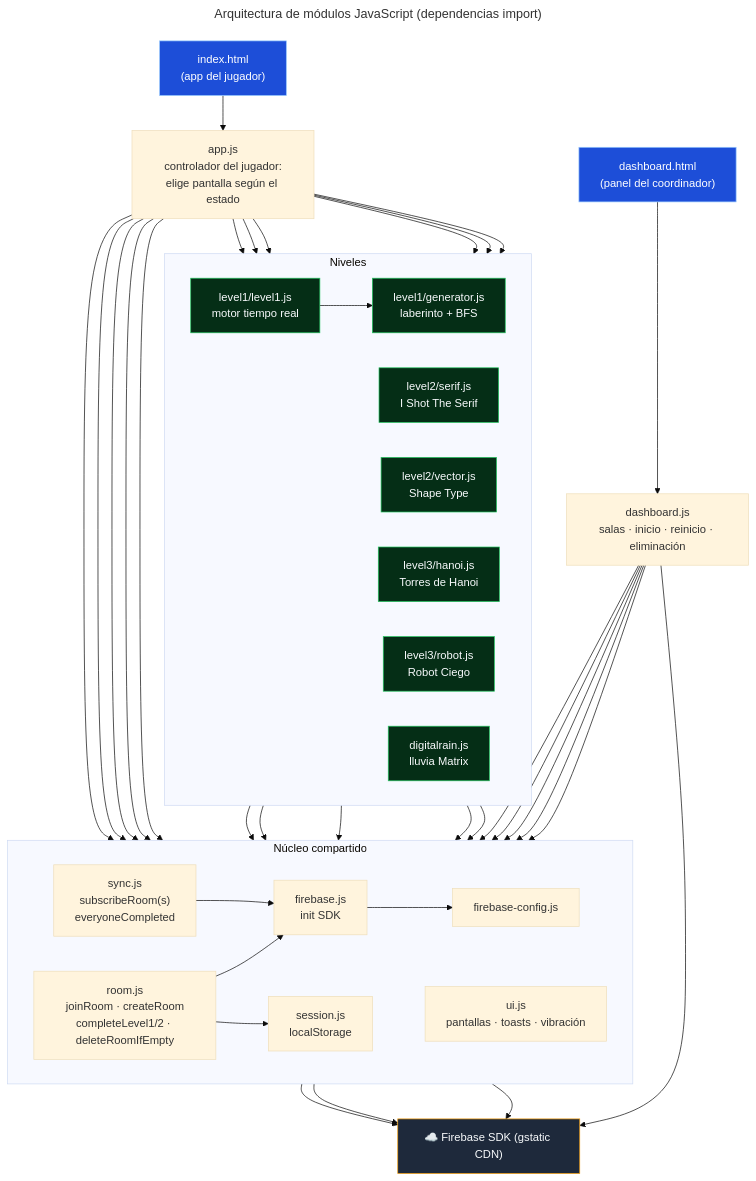
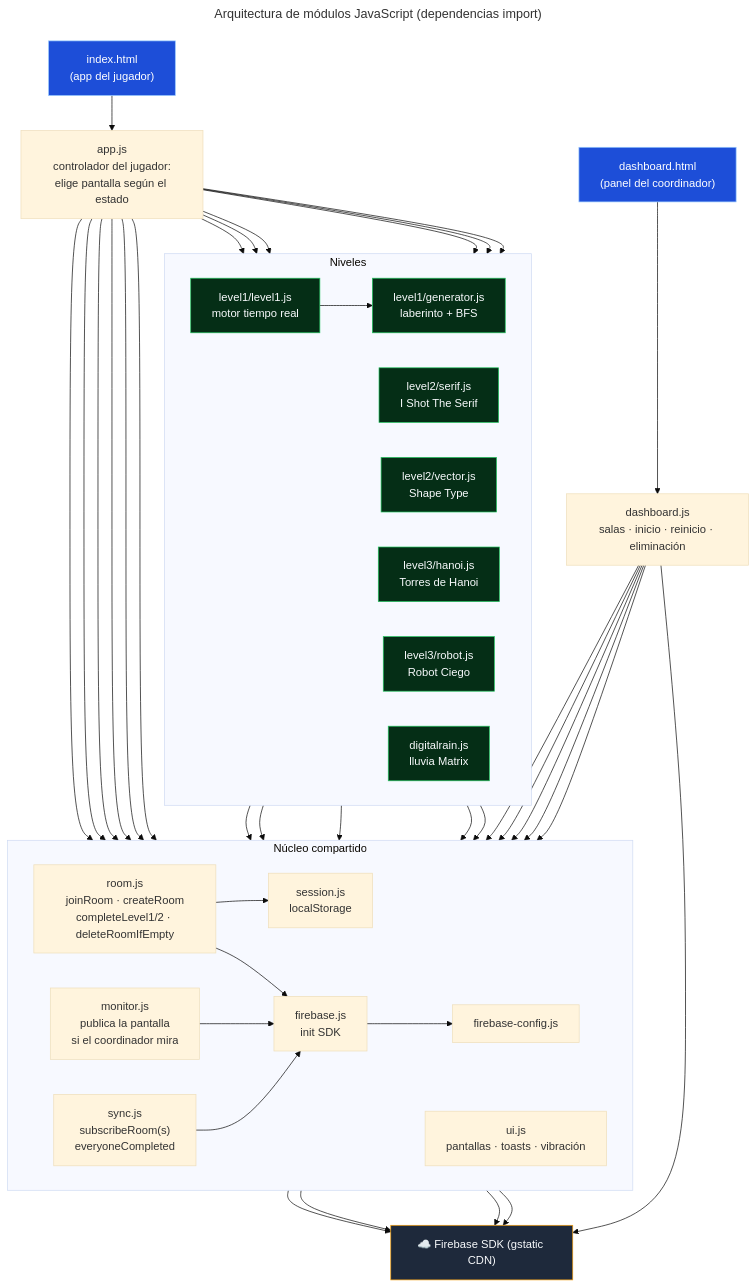
Before and after one commit to morphine75/escape_room: the diagram in docs/diagramas/fuentes/02-arquitectura-modulos.mmd, drawn with Mermaid (base theme). The commit also changed 24 other files, not shown here.

First line of the commit message:
Dashboard: live 'Ver pantalla' monitor of a player (stage 1)

```diff
--- a/docs/diagramas/fuentes/02-arquitectura-modulos.mmd
+++ b/docs/diagramas/fuentes/02-arquitectura-modulos.mmd
@@ -1,52 +1,54 @@
 ---
 title: Arquitectura de módulos JavaScript (dependencias import)
 ---
 flowchart TB
   IDX["index.html<br/>(app del jugador)"] --> APP
   DASHH["dashboard.html<br/>(panel del coordinador)"] --> DASH
 
   APP["app.js<br/>controlador del jugador:<br/>elige pantalla según el estado"]
   DASH["dashboard.js<br/>salas · inicio · reinicio · eliminación"]
 
   subgraph Core["Núcleo compartido"]
     direction LR
     ROOM["room.js<br/>joinRoom · createRoom<br/>completeLevel1/2 · deleteRoomIfEmpty"]
     SYNC["sync.js<br/>subscribeRoom(s)<br/>everyoneCompleted"]
     SES["session.js<br/>localStorage"]
+    MON["monitor.js<br/>publica la pantalla<br/>si el coordinador mira"]
     UI["ui.js<br/>pantallas · toasts · vibración"]
     FBJS["firebase.js<br/>init SDK"]
     CFG["firebase-config.js"]
   end
 
   subgraph Niveles["Niveles"]
     direction LR
     L1["level1/level1.js<br/>motor tiempo real"]
     GEN["level1/generator.js<br/>laberinto + BFS"]
     SER["level2/serif.js<br/>I Shot The Serif"]
     VEC["level2/vector.js<br/>Shape Type"]
     HAN["level3/hanoi.js<br/>Torres de Hanoi"]
     ROB["level3/robot.js<br/>Robot Ciego"]
     RAIN["digitalrain.js<br/>lluvia Matrix"]
   end
 
   SDK["☁️ Firebase SDK (gstatic CDN)"]
 
-  APP --> ROOM & SYNC & SES & UI & FBJS
+  APP --> ROOM & SYNC & SES & UI & FBJS & MON
+  MON --> FBJS & SDK
   APP --> L1 & SER & VEC & HAN & ROB & RAIN
   DASH --> ROOM & SYNC & SES & UI & FBJS
   L1 --> GEN & UI
   SER --> UI
   VEC --> UI
   HAN --> UI
   ROB --> UI
   ROOM --> FBJS & SES
   SYNC --> FBJS
   ROOM & SYNC & DASH --> SDK
   FBJS --> CFG & SDK
 
   classDef entry fill:#1d4ed8,stroke:#93c5fd,color:#fff
   classDef lvl fill:#052e16,stroke:#22c55e,color:#f8fafc
   classDef ext fill:#1e293b,stroke:#f59e0b,color:#f8fafc
   class IDX,DASHH entry
   class L1,GEN,SER,VEC,HAN,ROB,RAIN lvl
   class SDK ext
```
